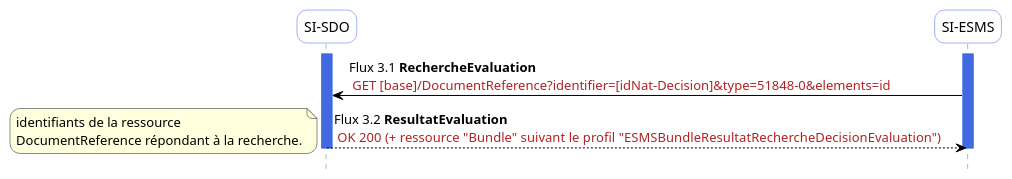
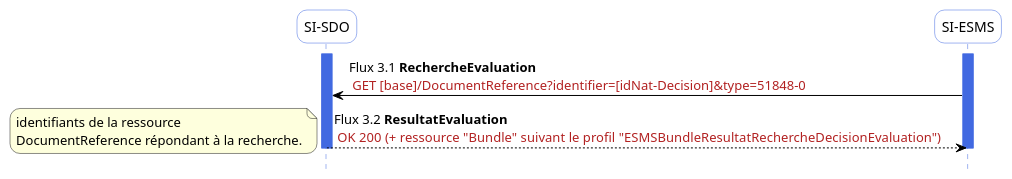
One commit to ansforge/IG-fhir-medicosocial-suivi-decisions-orientation changed the diagram in input/images-source/flux3.plantuml. Above: the diagram before and after it, drawn with PlantUML. The commit also changed 1 other file, not shown here.

Commit message:
Suppression _elements=id du flux 3.1 (#246)

```diff
--- a/input/images-source/flux3.plantuml
+++ b/input/images-source/flux3.plantuml
@@ -1,34 +1,34 @@
 @startuml flux3
 hide footbox
 
 skinparam sequence {
  arrowColor black
  ParticipantBorderColor RoyalBlue
  ParticipantBackgroundColor white
  LifeLineBorderColor RoyalBlue
  LifeLineBackgroundColor RoyalBlue
  ParticipantFontSize 14
  ParticipantFontName arial
  ParticipantPadding 20
 }
 skinparam  roundcorner 20
 
 
 participant "SI-SDO" as SDO
 participant "SI-ESMS" as ESMS
 activate SDO
 activate ESMS
 
 
-ESMS-[#black]> SDO : Flux 3.1 **RechercheEvaluation** \n <color #FireBrick>GET [base]/DocumentReference?identifier=[idNat-Decision]&type=51848-0&elements=id</color>
+ESMS-[#black]> SDO : Flux 3.1 **RechercheEvaluation** \n <color #FireBrick>GET [base]/DocumentReference?identifier=[idNat-Decision]&type=51848-0</color>
 SDO-[#black]-> ESMS: Flux 3.2 **ResultatEvaluation** \n <color #FireBrick>OK 200 (+ ressource "Bundle"  suivant le profil "ESMSBundleResultatRechercheDecisionEvaluation")</color>
 
 note left
 identifiants de la ressource 
 DocumentReference répondant à la recherche.
 end note
 
 
 deactivate SDO
 deactivate ESMS
 @enduml
```
